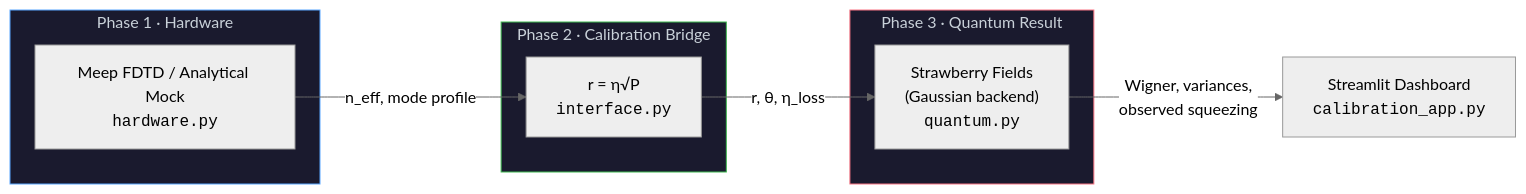
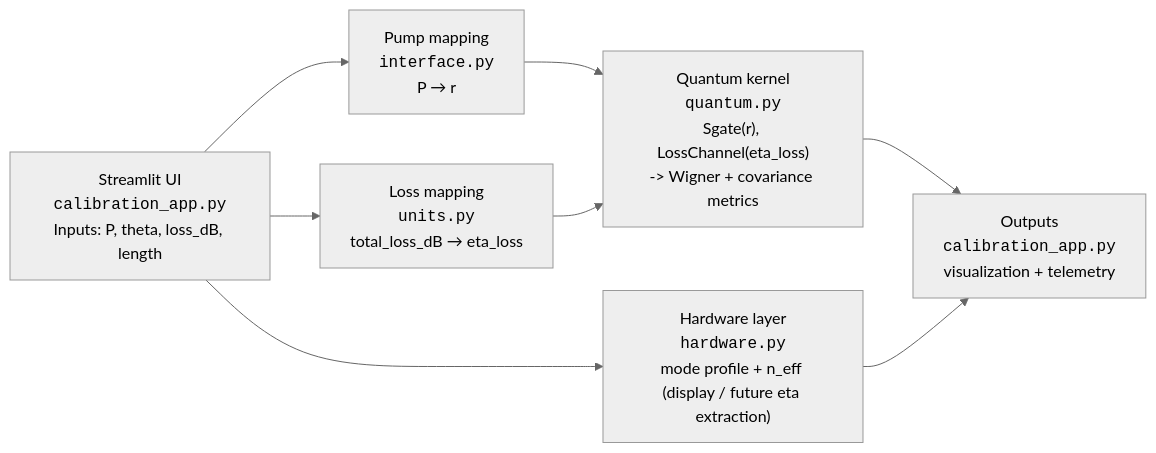
Before and after one commit to KumaHoon/Quantum-Optical-Bus-Simulation: the diagram in README.md, drawn with Mermaid (neutral theme). The commit also changed other lines of this file and 2 other files, not shown here.

Commit message:
Add calibration demo GIF and update documentation

````diff
--- a/README.md
+++ b/README.md
@@ -29,22 +23,17 @@
 ```mermaid
 flowchart LR
-    subgraph HW["Phase 1 · Hardware"]
-        A["Meep FDTD / Analytical Mock<br/><code>hardware.py</code>"]
-    end
+    UI["Streamlit UI<br/><code>calibration_app.py</code><br/>Inputs: P, theta, loss_dB, length"]
+    H["Hardware layer<br/><code>hardware.py</code><br/>mode profile + n_eff (display / future eta extraction)"]
+    R["Pump mapping<br/><code>interface.py</code><br/>P → r"]
+    L["Loss mapping<br/><code>units.py</code><br/>total_loss_dB → eta_loss"]
+    Q["Quantum kernel<br/><code>quantum.py</code><br/>Sgate(r), LossChannel(eta_loss)<br/>-> Wigner + covariance metrics"]
+    O["Outputs<br/><code>calibration_app.py</code><br/>visualization + telemetry"]
 
-    subgraph CAL["Phase 2 · Calibration Bridge"]
-        B["r = η√P<br/><code>interface.py</code>"]
-    end
-
-    subgraph QM["Phase 3 · Quantum Result"]
-        C["Strawberry Fields<br/>(Gaussian backend)<br/><code>quantum.py</code>"]
-    end
-
-    A -->|"n_eff, mode profile"| B
-    B -->|"r, θ, η_loss"| C
-    C -->|"Wigner, variances,<br/>observed squeezing"| D["Streamlit Dashboard<br/><code>calibration_app.py</code>"]
-
-    style HW fill:#1a1a2e,stroke:#58a6ff,color:#c9d1d9
-    style CAL fill:#1a1a2e,stroke:#3fb950,color:#c9d1d9
-    style QM fill:#1a1a2e,stroke:#f97583,color:#c9d1d9
+    UI --> R
+    UI --> L
+    UI --> H
+    R --> Q
+    L --> Q
+    Q --> O
+    H --> O
 ```
````
